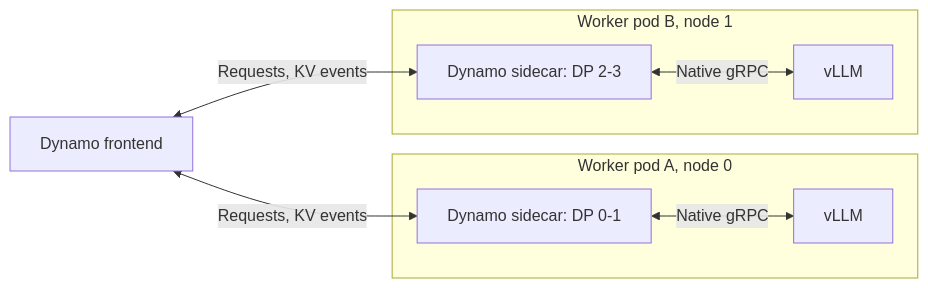
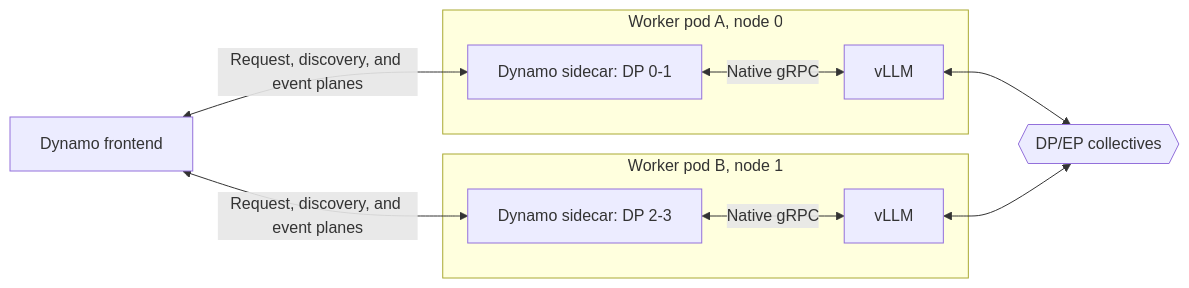
One commit to ai-dynamo/dynamo changed the third of 3 diagrams in docs/fern/pages/developer-guide/knowledge-base/modular-components/backends/vllm/sidecar.md. Above: the diagram before and after it, drawn with Mermaid. The commit also changed other lines of this file and 5 other files, not shown here.

Commit message:
docs(sidecar): label Dynamo planes and show DP collectives in topology diagrams

````diff
--- a/docs/fern/pages/developer-guide/knowledge-base/modular-components/backends/vllm/sidecar.md
+++ b/docs/fern/pages/developer-guide/knowledge-base/modular-components/backends/vllm/sidecar.md
@@ -94,11 +94,14 @@
 ```mermaid
 flowchart LR
-  F[Dynamo frontend] <-->|Requests, KV events| SA
-  F <-->|Requests, KV events| SB
+  F[Dynamo frontend] <-->|Request, discovery, and event planes| SA
+  F <-->|Request, discovery, and event planes| SB
   subgraph A[Worker pod A, node 0]
     SA[Dynamo sidecar: DP 0-1] <-->|Native gRPC| EA[vLLM]
   end
   subgraph B[Worker pod B, node 1]
     SB[Dynamo sidecar: DP 2-3] <-->|Native gRPC| EB[vLLM]
   end
+  C{{DP/EP collectives}}
+  EA <--> C
+  EB <--> C
 ```
````
